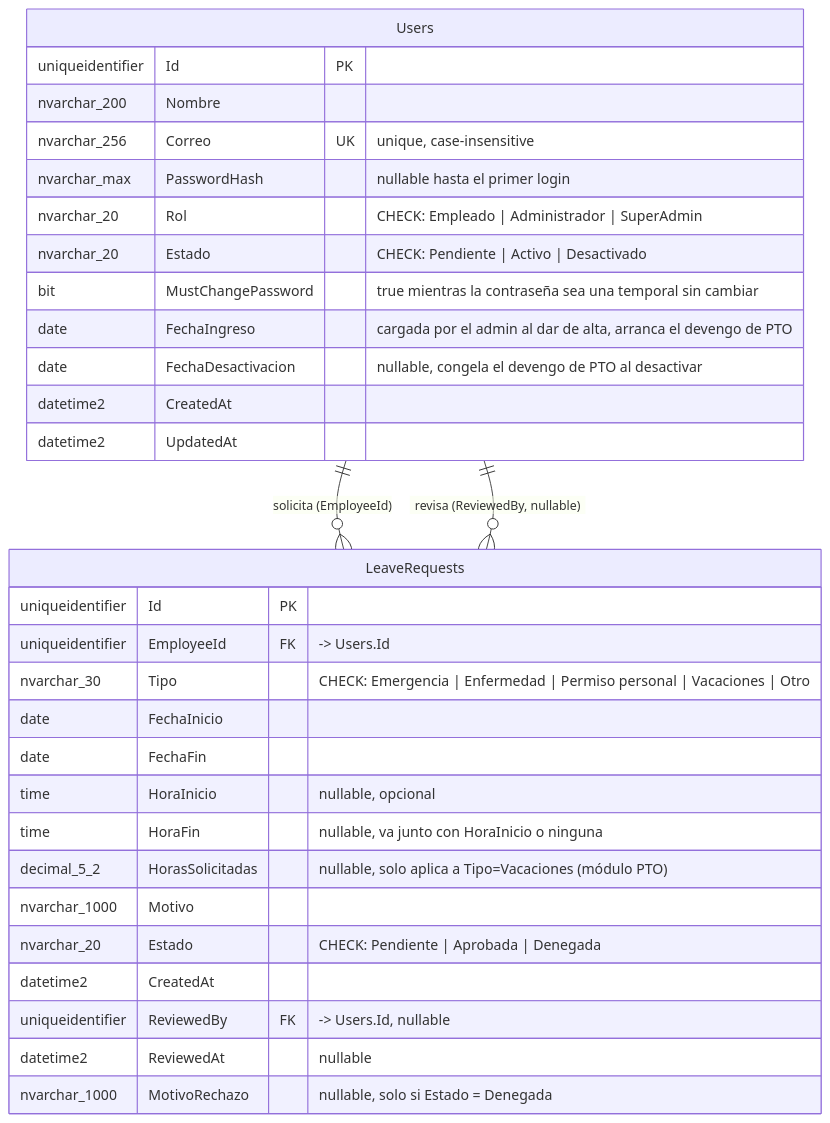
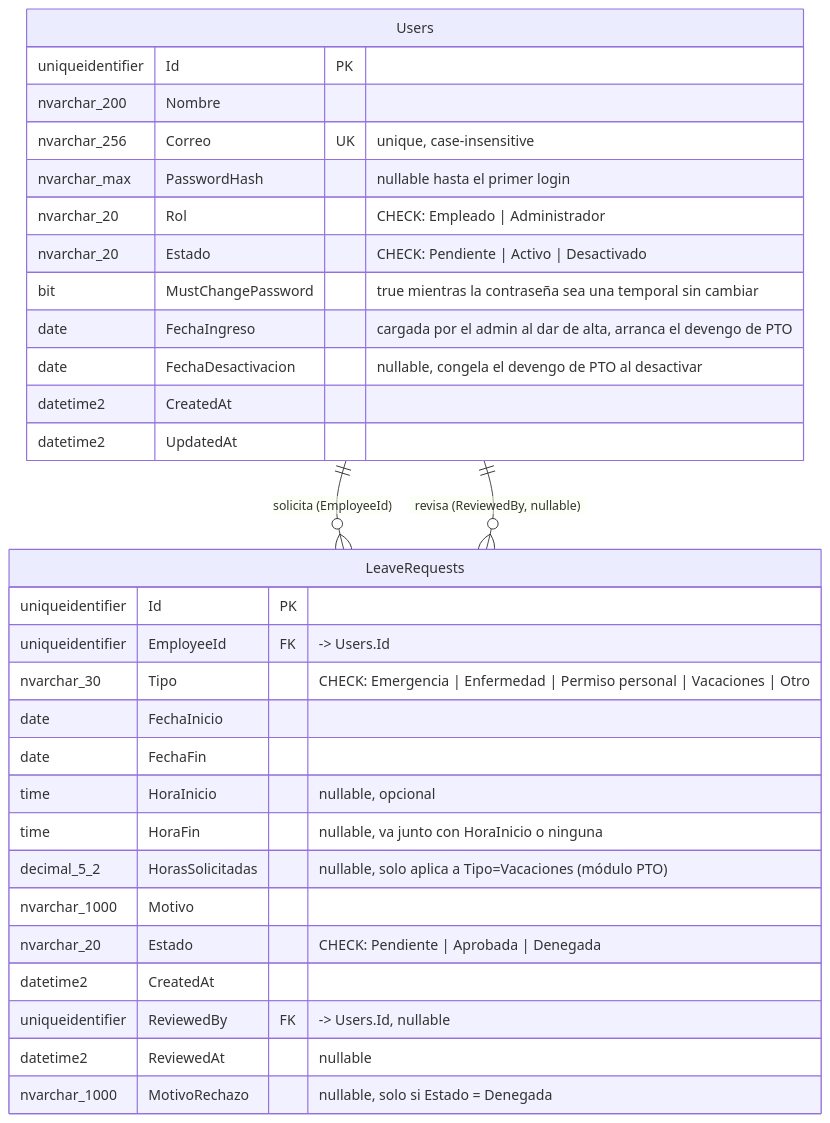
One commit to devtechsv/MyOwnSpace changed the diagram in OwnSpaceAPI/docs/er-diagram.md. Above: the diagram before and after it, drawn with Mermaid. The commit also changed 41 other files, not shown here.

First line of the commit message:
feat: remove SuperAdmin role, add requests filters, and improve scalability

````diff
--- a/OwnSpaceAPI/docs/er-diagram.md
+++ b/OwnSpaceAPI/docs/er-diagram.md
@@ -5,36 +5,36 @@
 ```mermaid
 erDiagram
     Users ||--o{ LeaveRequests : "solicita (EmployeeId)"
     Users ||--o{ LeaveRequests : "revisa (ReviewedBy, nullable)"
 
     Users {
         uniqueidentifier Id PK
         nvarchar_200 Nombre
         nvarchar_256 Correo UK "unique, case-insensitive"
         nvarchar_max PasswordHash "nullable hasta el primer login"
-        nvarchar_20 Rol "CHECK: Empleado | Administrador | SuperAdmin"
+        nvarchar_20 Rol "CHECK: Empleado | Administrador"
         nvarchar_20 Estado "CHECK: Pendiente | Activo | Desactivado"
         bit MustChangePassword "true mientras la contraseña sea una temporal sin cambiar"
         date FechaIngreso "cargada por el admin al dar de alta, arranca el devengo de PTO"
         date FechaDesactivacion "nullable, congela el devengo de PTO al desactivar"
         datetime2 CreatedAt
         datetime2 UpdatedAt
     }
 
     LeaveRequests {
         uniqueidentifier Id PK
         uniqueidentifier EmployeeId FK "-> Users.Id"
         nvarchar_30 Tipo "CHECK: Emergencia | Enfermedad | Permiso personal | Vacaciones | Otro"
         date FechaInicio
         date FechaFin
         time HoraInicio "nullable, opcional"
         time HoraFin "nullable, va junto con HoraInicio o ninguna"
         decimal_5_2 HorasSolicitadas "nullable, solo aplica a Tipo=Vacaciones (módulo PTO)"
         nvarchar_1000 Motivo
         nvarchar_20 Estado "CHECK: Pendiente | Aprobada | Denegada"
         datetime2 CreatedAt
         uniqueidentifier ReviewedBy FK "-> Users.Id, nullable"
         datetime2 ReviewedAt "nullable"
         nvarchar_1000 MotivoRechazo "nullable, solo si Estado = Denegada"
     }
 ```
````
